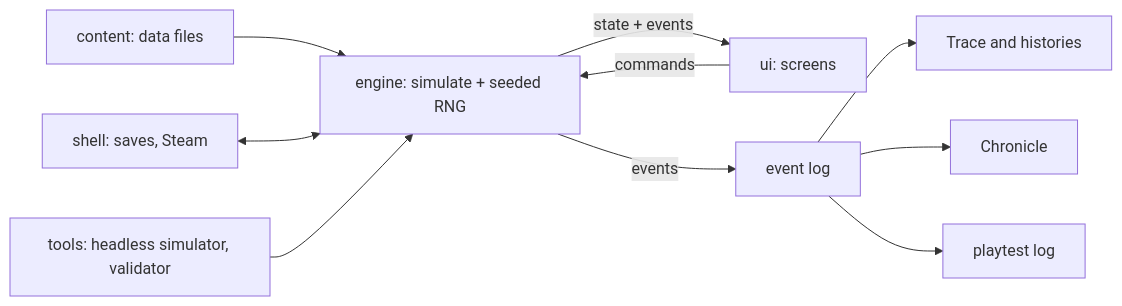
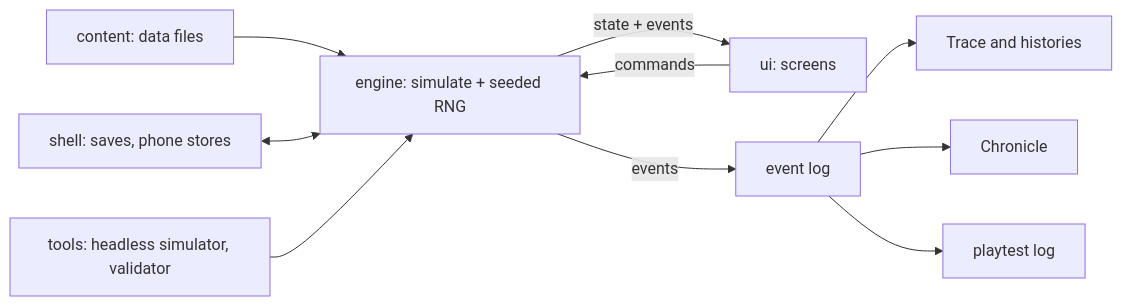
Before and after one commit to DdraigFawr13/adventure-manager: the second of 2 diagrams in docs/design/PLAN.md, drawn with Mermaid. The commit also changed other lines of this file, not shown here.

````diff
--- a/docs/design/PLAN.md
+++ b/docs/design/PLAN.md
@@ -692,12 +675,12 @@
 ```mermaid
 flowchart LR
   CONTENT[content: data files] --> ENGINE[engine: simulate + seeded RNG]
   UI[ui: screens] -->|commands| ENGINE
   ENGINE -->|state + events| UI
   ENGINE -->|events| LOG[event log]
   LOG --> TRACE[Trace and histories]
   LOG --> CHRON[Chronicle]
   LOG --> PLAYLOG[playtest log]
-  SHELL[shell: saves, Steam] <--> ENGINE
+  SHELL[shell: saves, phone stores] <--> ENGINE
   TOOLS[tools: headless simulator, validator] --> ENGINE
 ```
````
